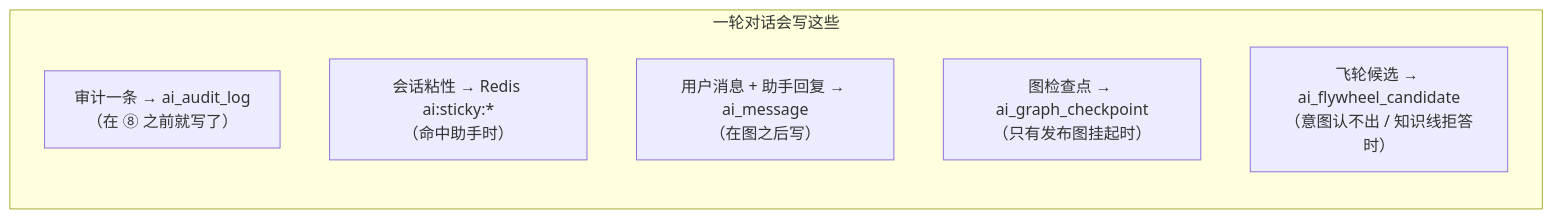
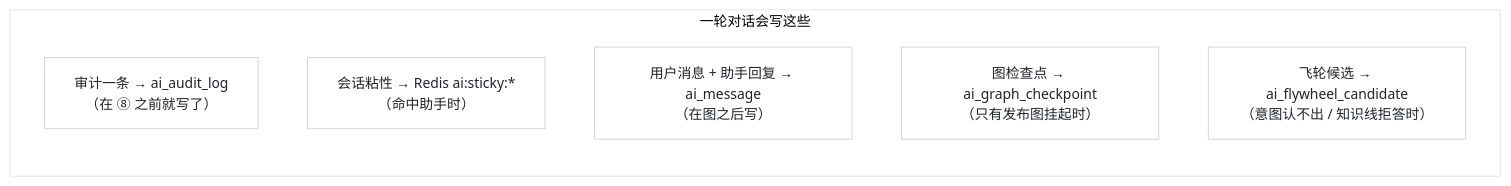
Before and after one commit to Melody022/Helper-agent: the fifth of 5 diagrams in docs/架构图.md, drawn with Mermaid. The commit also changed other lines of this file and 1 other file, not shown here.

First line of the commit message:
修 Mermaid 黑底黑字：主题写死成浅色 + 显式指定文字颜色

````diff
--- a/docs/架构图.md
+++ b/docs/架构图.md
@@ -182,11 +186,12 @@
 ```mermaid
+%%{init: {'theme':'base','themeVariables':{'primaryColor':'#ffffff','primaryTextColor':'#1f2328','primaryBorderColor':'#d0d7de','lineColor':'#8b949e','secondaryColor':'#ffffff','tertiaryColor':'#ffffff','textColor':'#1f2328','fontSize':'14px'}}}%%
 flowchart LR
     subgraph W["一轮对话会写这些"]
         direction TB
         W1["审计一条 → ai_audit_log<br/>（在 ⑧ 之前就写了）"]
         W2["会话粘性 → Redis ai:sticky:*<br/>（命中助手时）"]
         W3["用户消息 + 助手回复 → ai_message<br/>（在图之后写）"]
         W4["图检查点 → ai_graph_checkpoint<br/>（只有发布图挂起时）"]
         W5["飞轮候选 → ai_flywheel_candidate<br/>（意图认不出 / 知识线拒答时）"]
     end
 ```
````
